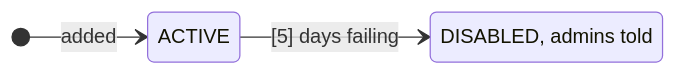
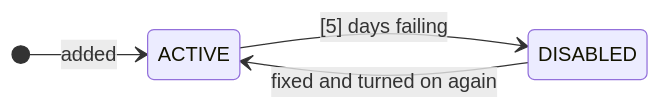
One commit to paytinno/merchant-portal-workflows changed the second of 2 diagrams in docs/workflows/MP-21-webhooks.md. Above: the diagram before and after it, drawn with Mermaid. The commit also changed other lines of this file and 36 other files, not shown here.

````diff
--- a/docs/workflows/MP-21-webhooks.md
+++ b/docs/workflows/MP-21-webhooks.md
@@ -54,8 +65,9 @@
 ```mermaid
 stateDiagram-v2
   direction LR
   state "ACTIVE" as s_ACTIVE
-  state "DISABLED, admins told" as s_DISABLED_admins_told
+  state "DISABLED" as s_DISABLED
   [*] --> s_ACTIVE : added
-  s_ACTIVE --> s_DISABLED_admins_told : [5] days failing
+  s_ACTIVE --> s_DISABLED : [5] days failing
+  s_DISABLED --> s_ACTIVE : fixed and turned on again
 ```
````
